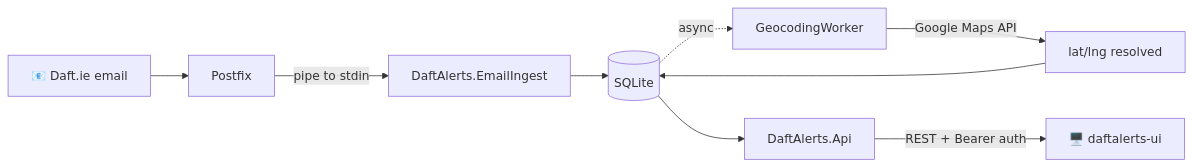
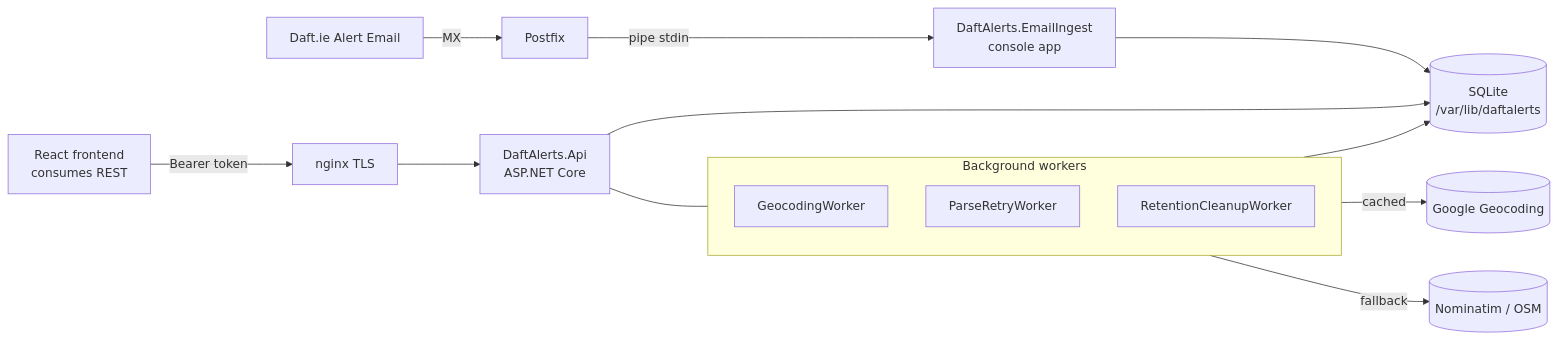
The diagram in README.md (guibranco/daftalerts-api), drawn with Mermaid before and after one commit. The commit also changed other lines of this file, not shown here.

````diff
--- a/README.md
+++ b/README.md
@@ -96,11 +15,19 @@
 ```mermaid
 flowchart LR
-    A[📧 Daft.ie email] --> B[Postfix]
-    B -->|pipe to stdin| C[DaftAlerts.EmailIngest]
-    C --> D[(SQLite)]
-    D -.->|async| E[GeocodingWorker]
-    E -->|Google Maps API| F[lat/lng resolved]
-    F --> D
-    D --> G[DaftAlerts.Api]
-    G -->|REST + Bearer auth| H[🖥️ daftalerts-ui]
+    Daft[Daft.ie Alert Email] -->|MX| Postfix
+    Postfix -->|pipe stdin| Ingest[DaftAlerts.EmailIngest<br/>console app]
+    Ingest --> SQLite[(SQLite<br/>/var/lib/daftalerts)]
+    Api[DaftAlerts.Api<br/>ASP.NET Core] --> SQLite
+    subgraph Workers[Background workers]
+        direction TB
+        Geo[GeocodingWorker]
+        Retry[ParseRetryWorker]
+        Clean[RetentionCleanupWorker]
+    end
+    Api --- Workers
+    Workers --> SQLite
+    Geo -->|cached| Google[(Google Geocoding)]
+    Geo -->|fallback| Nominatim[(Nominatim / OSM)]
+    Frontend[React frontend<br/>consumes REST] -->|Bearer token| Nginx[nginx TLS]
+    Nginx --> Api
 ```
````
